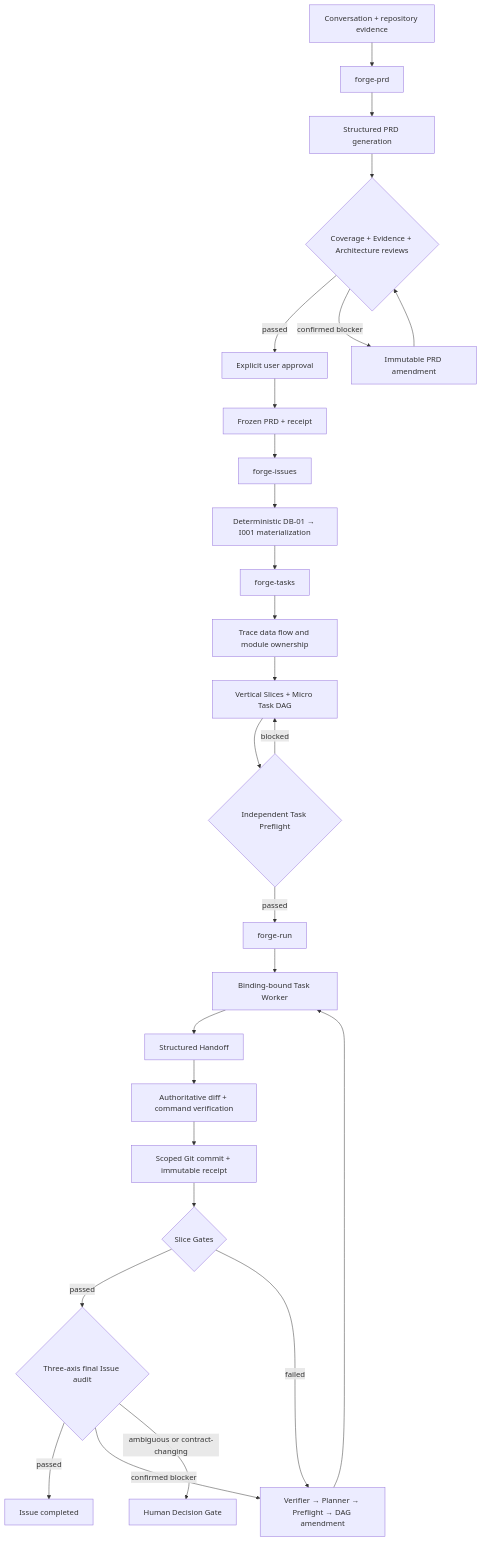
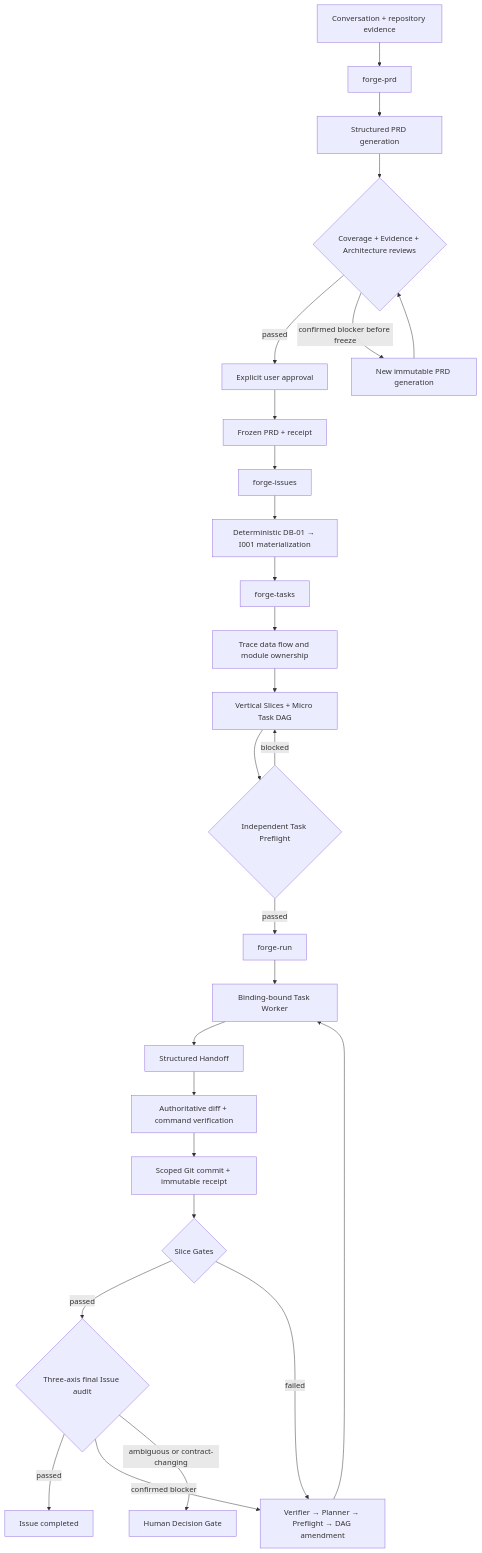
The diagram in README.md (tlsneo/pi-forge-workflow), drawn with Mermaid before and after one commit. The commit also changed other lines of this file and 38 other files, not shown here.

````diff
--- a/README.md
+++ b/README.md
@@ -79,31 +79,31 @@
 ```mermaid
 flowchart TD
     U[Conversation + repository evidence] --> P[forge-prd]
     P --> PR[Structured PRD generation]
     PR --> RV{Coverage + Evidence + Architecture reviews}
     RV -->|passed| AP[Explicit user approval]
-    RV -->|confirmed blocker| PA[Immutable PRD amendment]
+    RV -->|confirmed blocker before freeze| PA[New immutable PRD generation]
     PA --> RV
     AP --> FPRD[Frozen PRD + receipt]
 
     FPRD --> I[forge-issues]
     I --> DB[Deterministic DB-01 → I001 materialization]
     DB --> T[forge-tasks]
     T --> FLOW[Trace data flow and module ownership]
     FLOW --> DAG[Vertical Slices + Micro Task DAG]
     DAG --> PF{Independent Task Preflight}
     PF -->|blocked| DAG
     PF -->|passed| RUN[forge-run]
 
     RUN --> W[Binding-bound Task Worker]
     W --> H[Structured Handoff]
     H --> V[Authoritative diff + command verification]
     V --> C[Scoped Git commit + immutable receipt]
     C --> G{Slice Gates}
     G -->|passed| A{Three-axis final Issue audit}
     G -->|failed| RM[Verifier → Planner → Preflight → DAG amendment]
     A -->|passed| DONE[Issue completed]
     A -->|confirmed blocker| RM
     A -->|ambiguous or contract-changing| HD[Human Decision Gate]
     RM --> W
 ```
````
